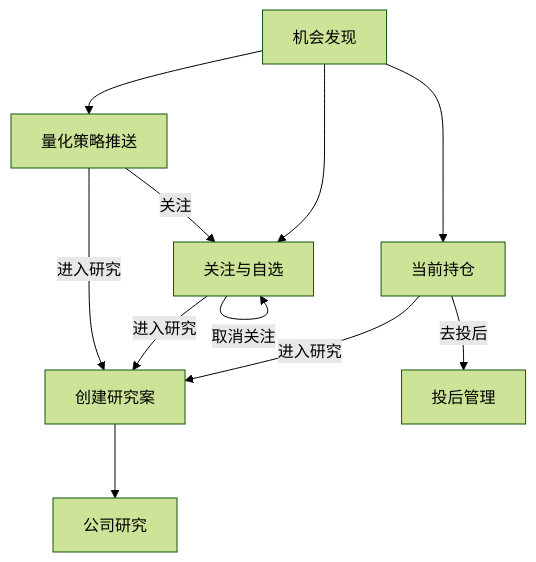
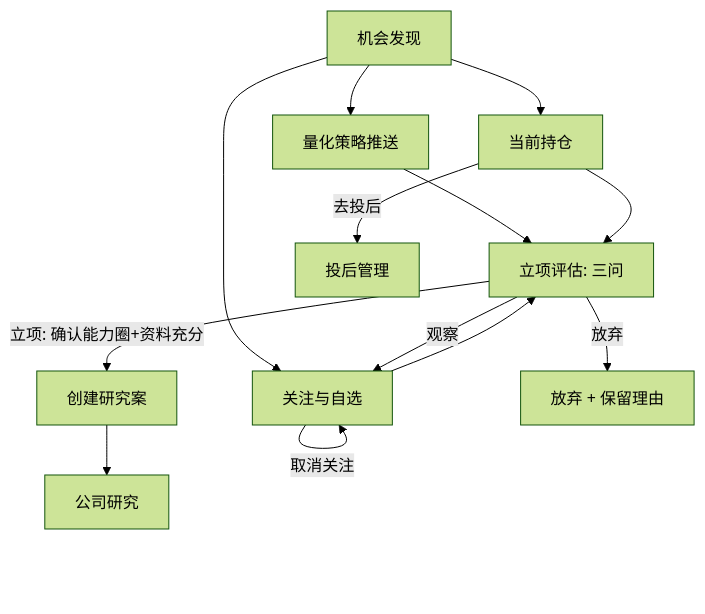
Before and after one commit to dushilieerem/1: the third of 10 diagrams in docs/功能包/FEAT-034-机构端首版闭环/机构端业务流程与模块内流程-2026-11-04.md, drawn with Mermaid (forest theme). The commit also changed other lines of this file and 7 other files, not shown here.

````diff
--- a/docs/功能包/FEAT-034-机构端首版闭环/机构端业务流程与模块内流程-2026-11-04.md
+++ b/docs/功能包/FEAT-034-机构端首版闭环/机构端业务流程与模块内流程-2026-11-04.md
@@ -103,13 +103,15 @@
 ```mermaid
 flowchart TD
   I[机会发现] --> T1[量化策略推送]
   I --> T2[关注与自选]
   I --> T3[当前持仓]
-  T1 -->|进入研究| C[创建研究案]
-  T1 -->|关注| T2
-  T2 -->|进入研究| C
+  T1 --> A[立项评估: 三问]
+  T2 --> A
+  T3 --> A
+  A -->|立项: 确认能力圈+资料充分| C[创建研究案]
+  A -->|观察| T2
+  A -->|放弃| F[放弃 + 保留理由]
   T2 -->|取消关注| T2
-  T3 -->|进入研究| C
   T3 -->|去投后| M[投后管理]
   C --> R[公司研究]
 ```
````
